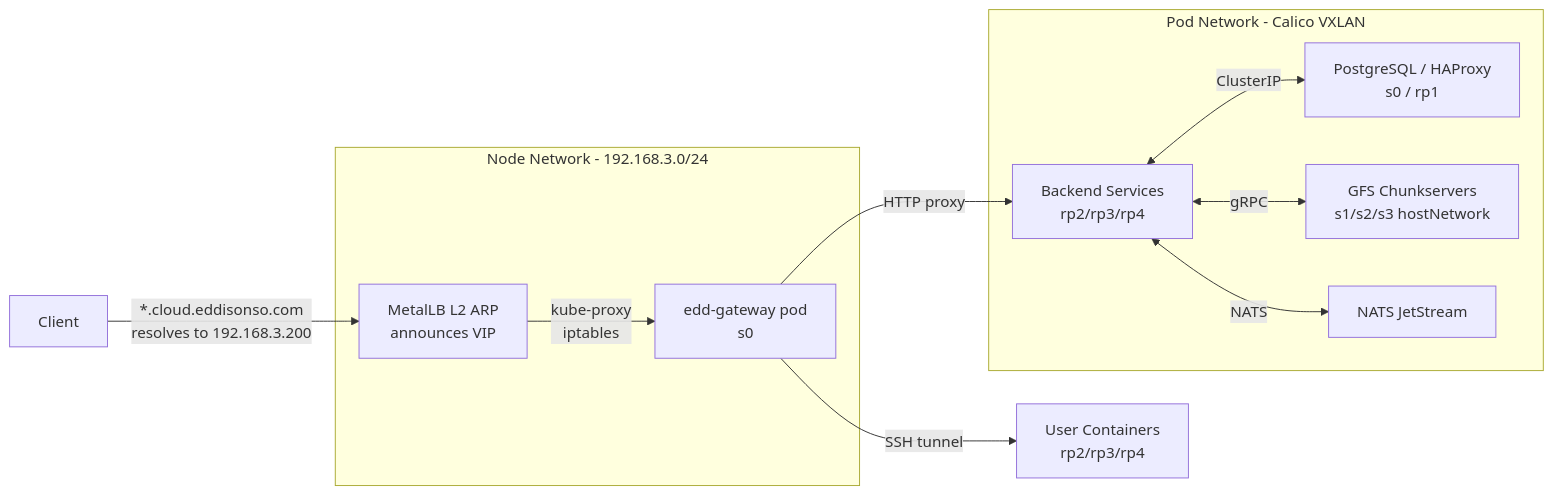
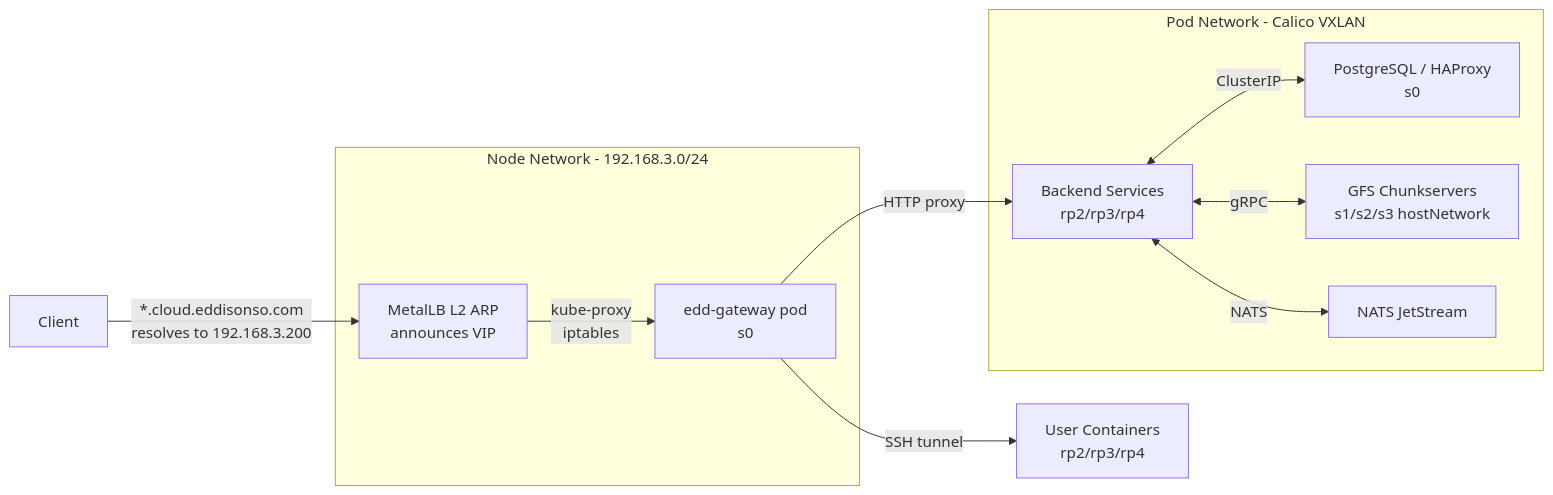
One commit to EddisonSo/cloud changed the first of 2 diagrams in edd-cloud-docs/docs/infrastructure/networking.md. Above: the diagram before and after it, drawn with Mermaid. The commit also changed other lines of this file and 4 other files, not shown here.

````diff
--- a/edd-cloud-docs/docs/infrastructure/networking.md
+++ b/edd-cloud-docs/docs/infrastructure/networking.md
@@ -11,17 +11,17 @@
 ```mermaid
 flowchart LR
     Client[Client] -->|"*.cloud.eddisonso.com<br/>resolves to 192.168.3.200"| ARP
 
     subgraph Node Network - 192.168.3.0/24
         ARP[MetalLB L2 ARP<br/>announces VIP] -->|kube-proxy<br/>iptables| Gateway[edd-gateway pod<br/>s0]
     end
 
     Gateway -->|HTTP proxy| Services[Backend Services<br/>rp2/rp3/rp4]
     Gateway -->|SSH tunnel| Containers[User Containers<br/>rp2/rp3/rp4]
 
     subgraph Pod Network - Calico VXLAN
-        Services <-->|ClusterIP| DB[PostgreSQL / HAProxy<br/>s0 / rp1]
+        Services <-->|ClusterIP| DB[PostgreSQL / HAProxy<br/>s0]
         Services <-->|gRPC| GFS[GFS Chunkservers<br/>s1/s2/s3 hostNetwork]
         Services <-->|NATS| Events[NATS JetStream]
     end
 ```
````
